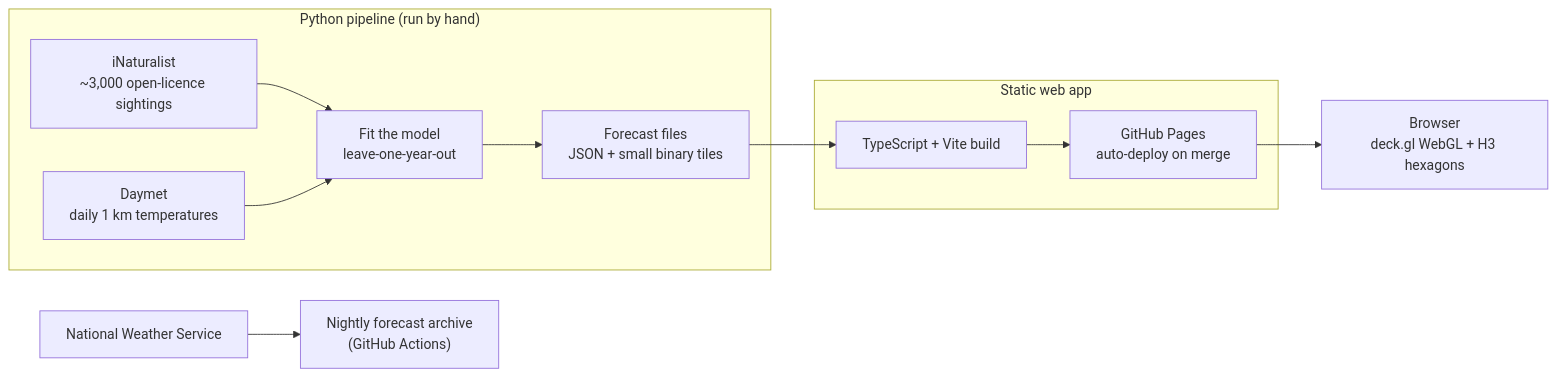
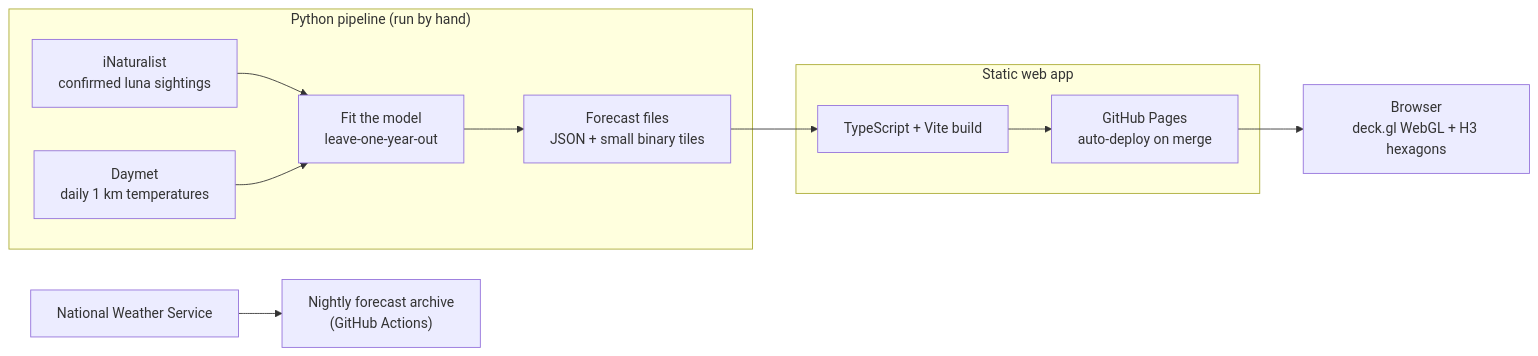
Before and after one commit to neevliberman/hatch: the second of 2 diagrams in README.md, drawn with Mermaid. The commit also changed other lines of this file and 2 other files, not shown here.

Commit message:
README review fixes: correct holdout model, licence scope, budget not in CI, plainer wording, US spelling

````diff
--- a/README.md
+++ b/README.md
@@ -71,14 +73,14 @@
 ```mermaid
 flowchart LR
   subgraph Offline["Python pipeline (run by hand)"]
-    I["iNaturalist<br/>~3,000 open-licence sightings"] --> P["Fit the model<br/>leave-one-year-out"]
+    I["iNaturalist<br/>confirmed luna sightings"] --> P["Fit the model<br/>leave-one-year-out"]
     D["Daymet<br/>daily 1 km temperatures"] --> P
     P --> J["Forecast files<br/>JSON + small binary tiles"]
   end
   subgraph Web["Static web app"]
     J --> V["TypeScript + Vite build"]
     V --> G["GitHub Pages<br/>auto-deploy on merge"]
   end
   G --> U["Browser<br/>deck.gl WebGL + H3 hexagons"]
   N["National Weather Service"] --> A["Nightly forecast archive<br/>(GitHub Actions)"]
 ```
````
